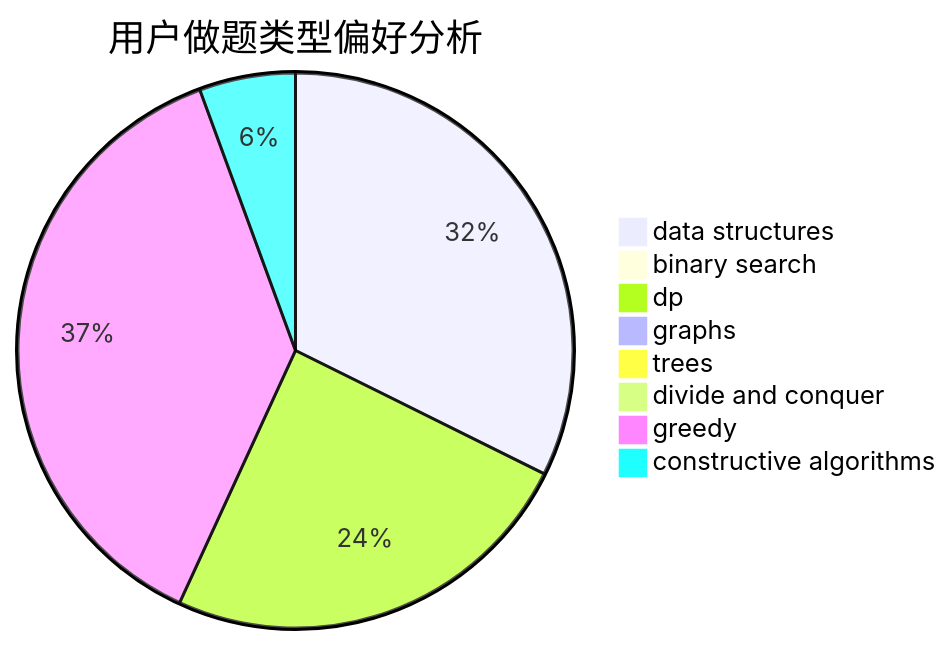
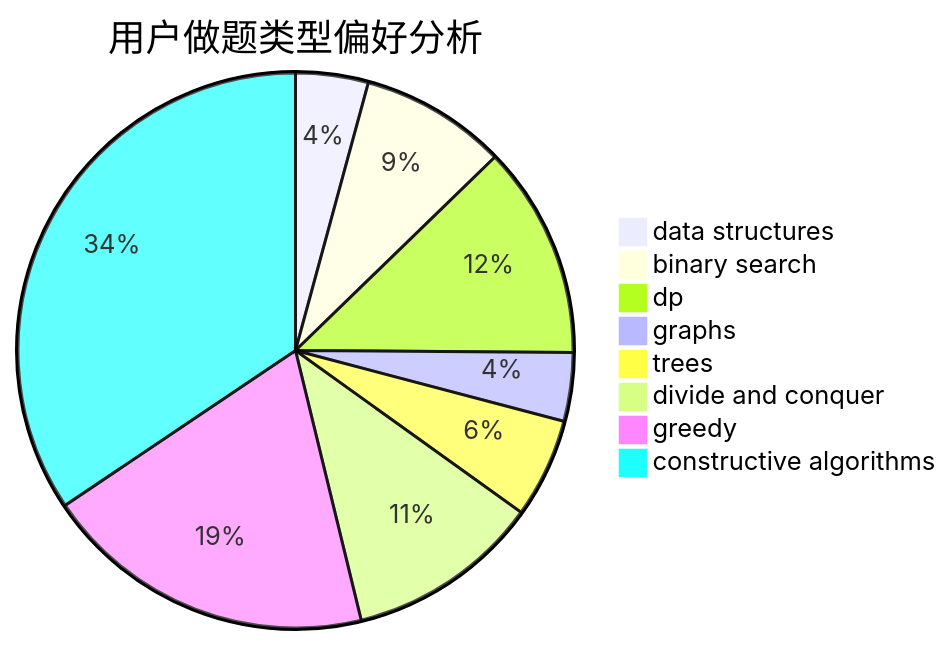
The second of 3 diagrams in docs/user/u1466.md (sherpahu/cfrs.github.io), drawn with Mermaid before and after one commit. The commit also changed other lines of this file and 2770 other files, not shown here.

````diff
--- a/docs/user/u1466.md
+++ b/docs/user/u1466.md
@@ -23,11 +23,11 @@
 ```mermaid
 pie title 用户做题类型偏好分析
-    "data structures" :  1028
-    "binary search" :  19
-    "dp" :  780
-    "graphs" :  8
-    "trees" :  22
-    "divide and conquer" :  2
-    "greedy" :  1194
-    "constructive algorithms" :  178
+    "data structures" :  70
+    "binary search" :  141
+    "dp" :  205
+    "graphs" :  66
+    "trees" :  96
+    "divide and conquer" :  187
+    "greedy" :  321
+    "constructive algorithms" :  570
 ```
````
